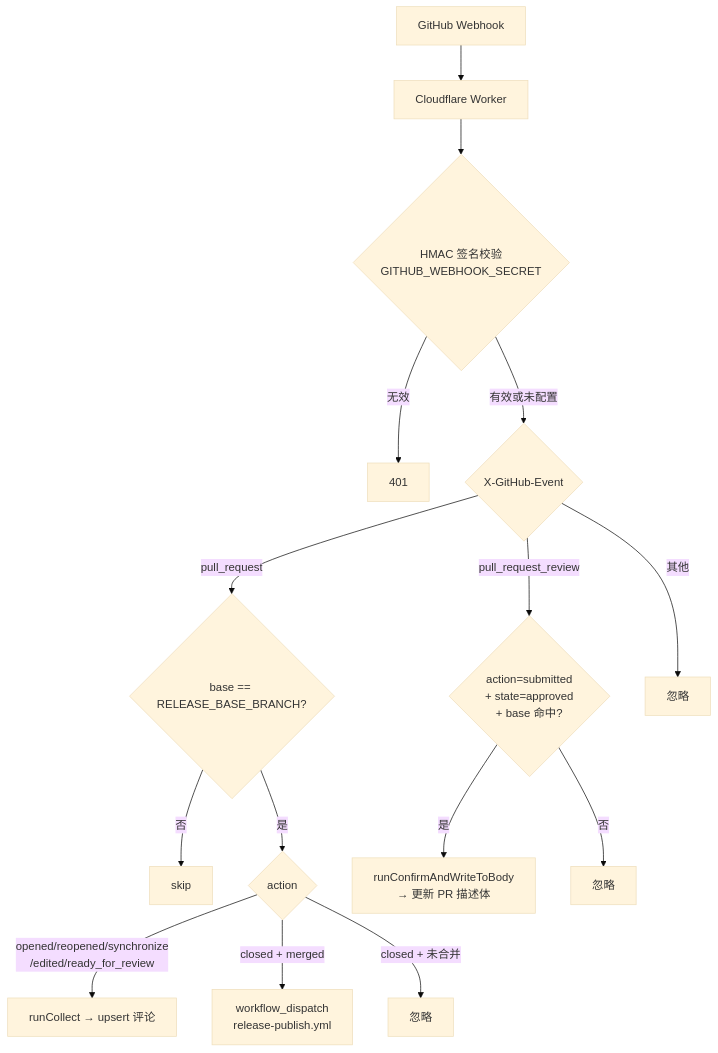
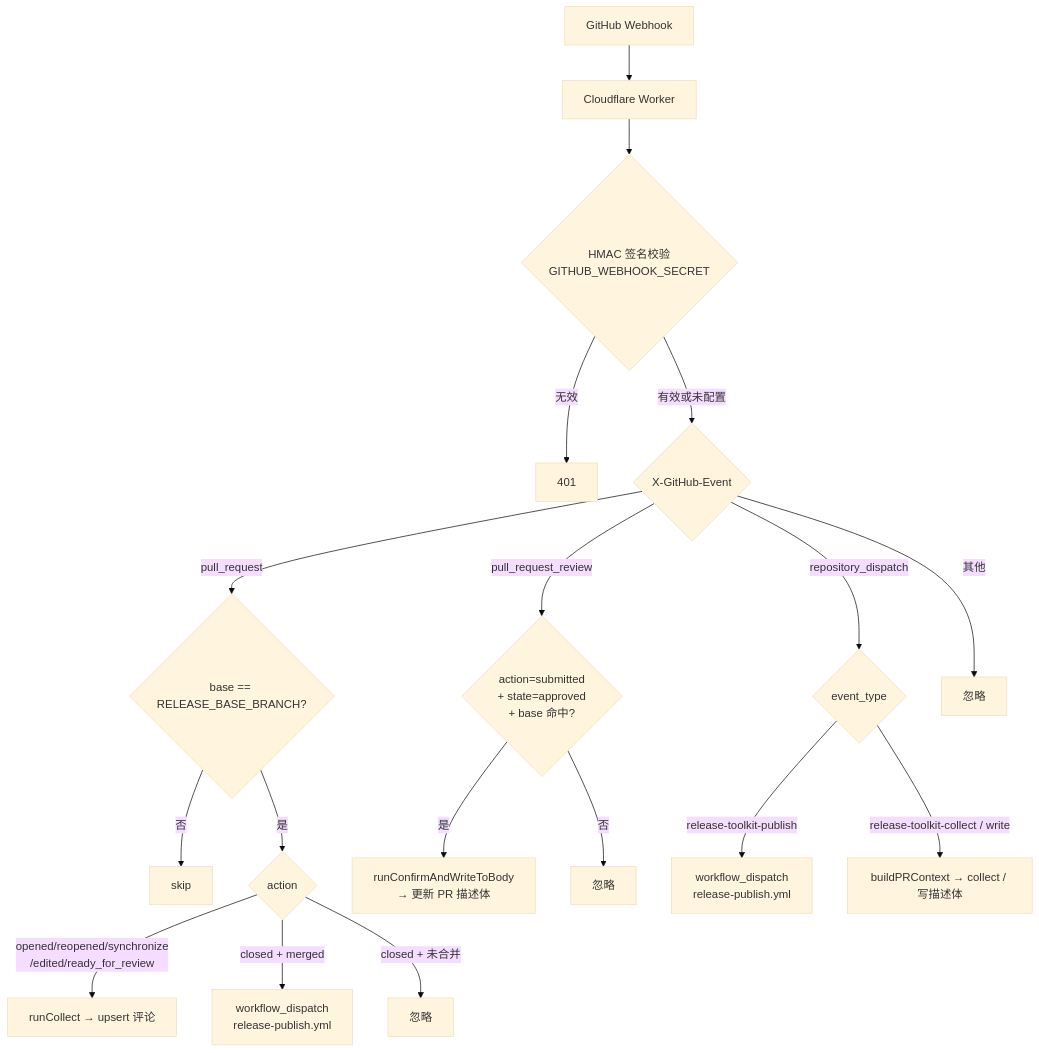
One commit to release-toolkit/release-toolkit changed the diagram in docs/architecture/05-app-server.md. Above: the diagram before and after it, drawn with Mermaid (base theme). The commit also changed other lines of this file and 12 other files, not shown here.

````diff
--- a/docs/architecture/05-app-server.md
+++ b/docs/architecture/05-app-server.md
@@ -50,20 +53,24 @@
 ```mermaid
 flowchart TD
     A[GitHub Webhook] --> B[Cloudflare Worker]
     B --> C{HMAC 签名校验<br/>GITHUB_WEBHOOK_SECRET}
     C -->|无效| D[401]
     C -->|有效或未配置| E{X-GitHub-Event}
 
     E -->|pull_request| F{base == RELEASE_BASE_BRANCH?}
     F -->|否| G[skip]
     F -->|是| H{action}
     H -->|opened/reopened/synchronize<br/>/edited/ready_for_review| I[runCollect → upsert 评论]
     H -->|closed + merged| J[workflow_dispatch<br/>release-publish.yml]
     H -->|closed + 未合并| K[忽略]
 
     E -->|pull_request_review| L{action=submitted<br/>+ state=approved<br/>+ base 命中?}
     L -->|是| M[runConfirmAndWriteToBody<br/>→ 更新 PR 描述体]
     L -->|否| N[忽略]
 
+    E -->|repository_dispatch| P{event_type}
+    P -->|release-toolkit-publish| Q[workflow_dispatch<br/>release-publish.yml]
+    P -->|release-toolkit-collect / write| R[buildPRContext → collect / 写描述体]
+
     E -->|其他| O[忽略]
 ```
````
